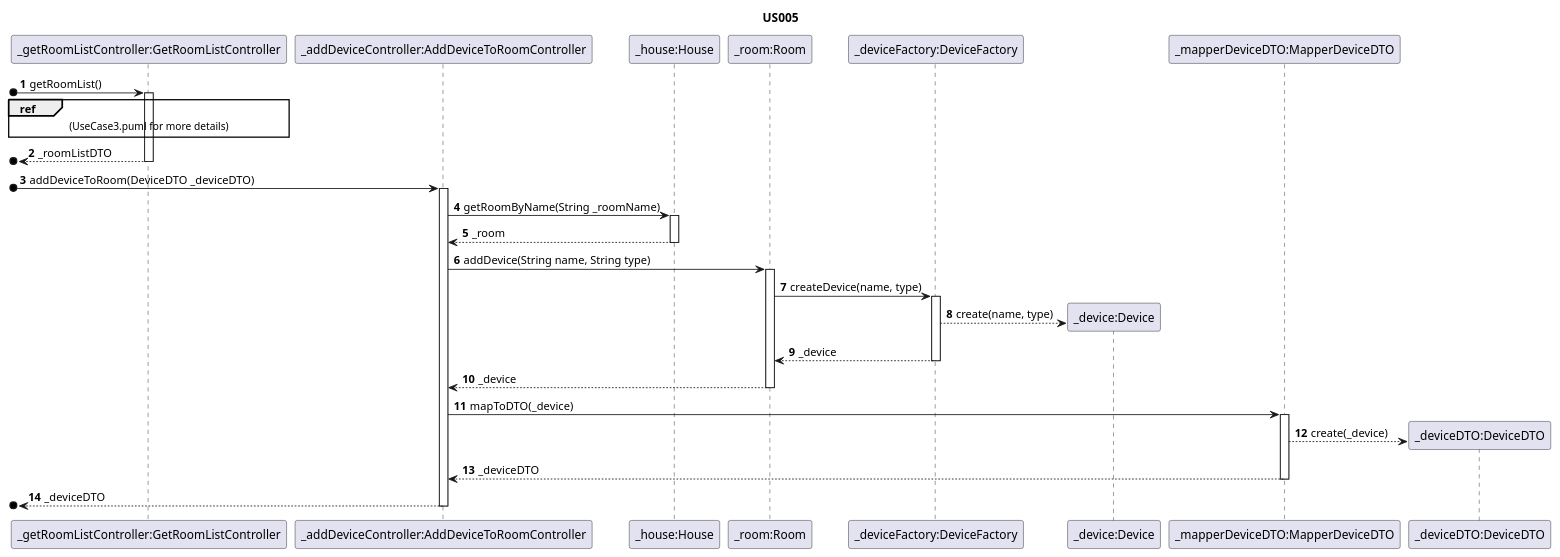
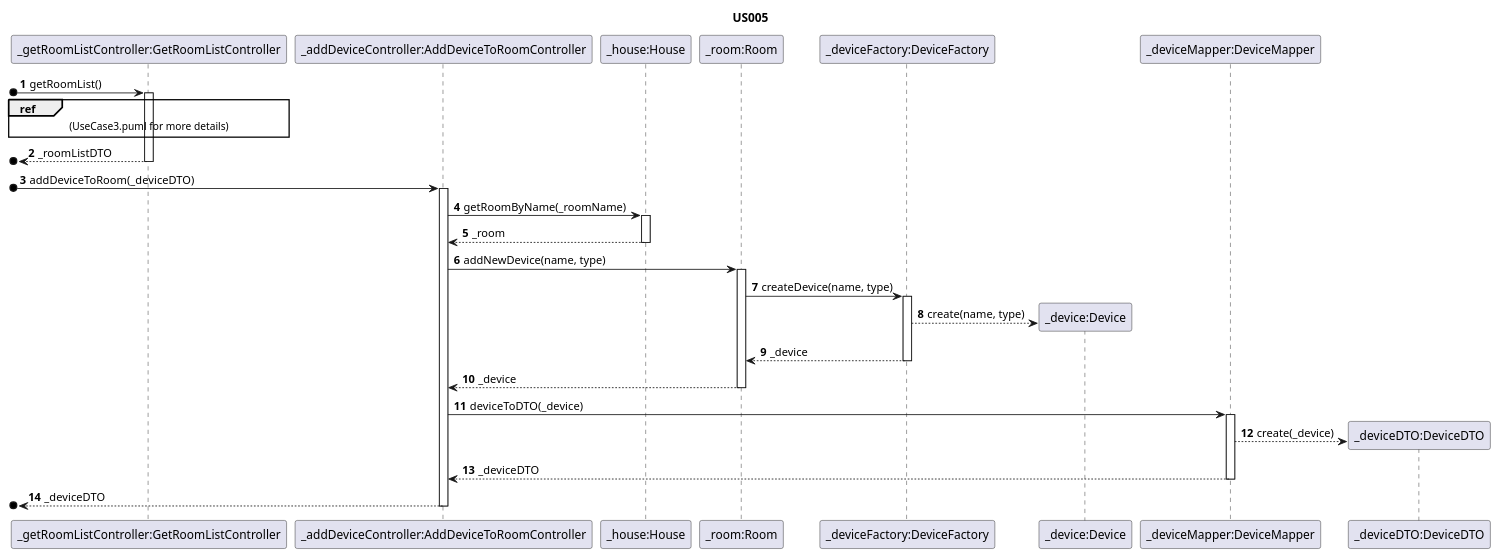
Before and after one commit to ozepedrorodrigues/projetoIntermedio: the diagram in projetoIntermedio/docs/sequence/UserStory005.puml, drawn with PlantUML.

Commit message:
US005 SD

```diff
--- a/projetoIntermedio/docs/sequence/UserStory005.puml
+++ b/projetoIntermedio/docs/sequence/UserStory005.puml
@@ -1,50 +1,50 @@
 @startuml
 
 autonumber
 
 title US005
 
 /'
 As a Power User [or Administrator], I want to add a new device to a room, in order to configure it.
 '/
 
 participant "_getRoomListController:GetRoomListController" as G
 participant "_addDeviceController:AddDeviceToRoomController" as A
 participant "_house:House" as H
 participant "_room:Room" as R
 participant "_deviceFactory:DeviceFactory" as F
 participant "_device:Device" as D
-participant "_mapperDeviceDTO:MapperDeviceDTO" as M
+participant "_deviceMapper:DeviceMapper" as M
 participant "_deviceDTO:DeviceDTO" as DTO
 
 [o->G : getRoomList()
 activate G
 ref over G : (UseCase3.puml for more details)
 [o<--G : _roomListDTO
 deactivate G
-[o->A : addDeviceToRoom(DeviceDTO _deviceDTO)
+[o->A : addDeviceToRoom(_deviceDTO)
 activate A
-A->H : getRoomByName(String _roomName)
+A->H : getRoomByName(_roomName)
 activate H
 H-->A : _room
 deactivate H
-A->R : addDevice(String name, String type)
+A->R : addNewDevice(name, type)
 activate R
 R->F : createDevice(name, type)
 activate F
 F-->D** : create(name, type)
 F-->R : _device
 deactivate F
 R-->A : _device
 deactivate R
-A->M : mapToDTO(_device)
+A->M : deviceToDTO(_device)
 activate M
 M-->DTO** : create(_device)
 M-->A : _deviceDTO
 deactivate M
 [o<--A : _deviceDTO
 deactivate A
 
 
 
 @enduml
```
